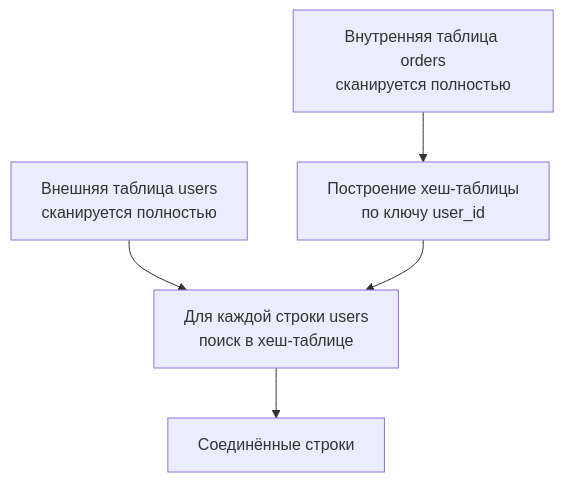
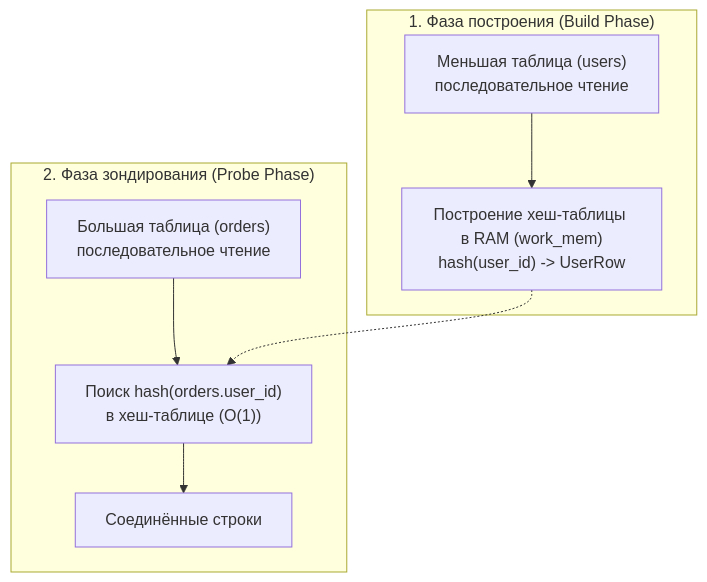
Before and after one commit to UnrealTemplier/go-textbook: the second of 3 diagrams in sources/12. Базы данных/04. Индексы и производительность/14. Оптимизация JOIN.md, drawn with Mermaid. The commit also changed other lines of this file, not shown here.

````diff
--- a/sources/12. Базы данных/04. Индексы и производительность/14. Оптимизация JOIN.md
+++ b/sources/12. Базы данных/04. Индексы и производительность/14. Оптимизация JOIN.md
@@ -37,13 +50,17 @@
 ```mermaid
 flowchart TD
-    Inner["Внутренняя таблица orders<br>сканируется полностью"]
-    BuildHash["Построение хеш-таблицы<br>по ключу user_id"]
-    Outer["Внешняя таблица users<br>сканируется полностью"]
-    Probe["Для каждой строки users<br>поиск в хеш-таблице"]
-    Result["Соединённые строки"]
+    subgraph BuildPhase["1. Фаза построения (Build Phase)"]
+        Inner["Меньшая таблица (users)<br>последовательное чтение"]
+        BuildHash["Построение хеш-таблицы в RAM (work_mem)<br>hash(user_id) -> UserRow"]
+        Inner --> BuildHash
+    end
 
-    Inner --> BuildHash
-    Outer --> Probe
-    BuildHash --> Probe
-    Probe --> Result
+    subgraph ProbePhase["2. Фаза зондирования (Probe Phase)"]
+        Outer["Большая таблица (orders)<br>последовательное чтение"]
+        Probe["Поиск hash(orders.user_id)<br>в хеш-таблице (O(1))"]
+        Result["Соединённые строки"]
+        Outer --> Probe
+        BuildHash -.-> Probe
+        Probe --> Result
+    end
 ```
````
